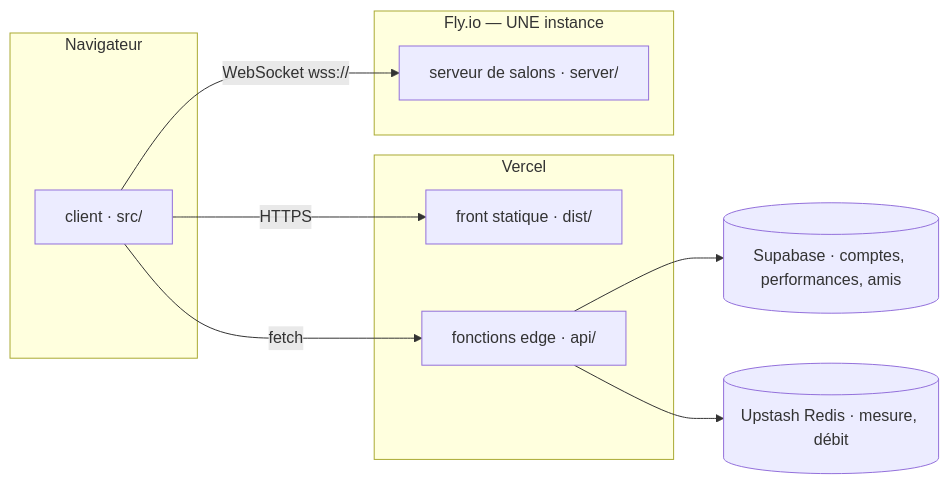
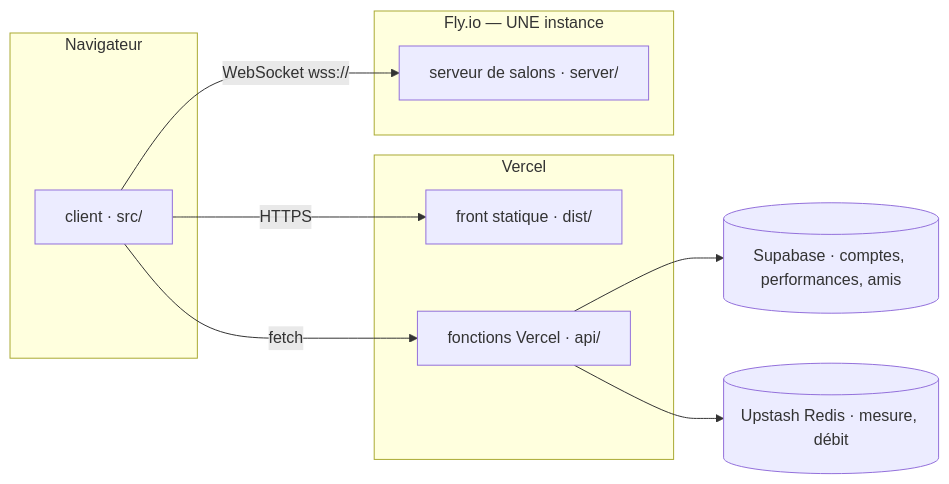
The first of 4 diagrams in docs/ARCHITECTURE.md (The-One-Rule/The_One_Rule), drawn with Mermaid before and after one commit. The commit also changed other lines of this file and 8 other files, not shown here.

````diff
--- a/docs/ARCHITECTURE.md
+++ b/docs/ARCHITECTURE.md
@@ -12,21 +12,21 @@
 ```mermaid
 flowchart LR
   subgraph Navigateur
     C[client · src/]
   end
   subgraph Vercel
     S[front statique · dist/]
-    E[fonctions edge · api/]
+    E[fonctions Vercel · api/]
   end
   subgraph Fly.io["Fly.io — UNE instance"]
     W[serveur de salons · server/]
   end
   DB[(Supabase · comptes, performances, amis)]
   R[(Upstash Redis · mesure, débit)]
 
   C -- HTTPS --> S
   C -- fetch --> E
   C -- WebSocket wss:// --> W
   E --> DB
   E --> R
 ```
````
